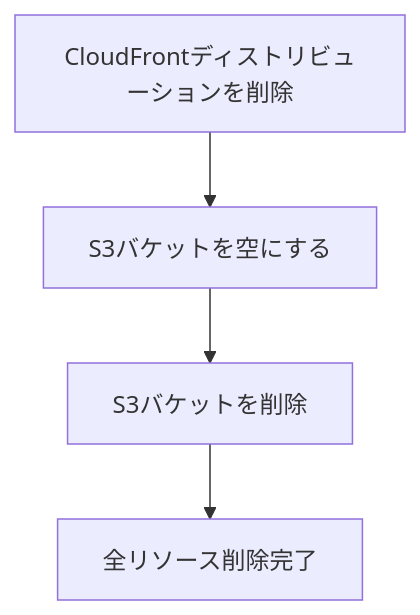
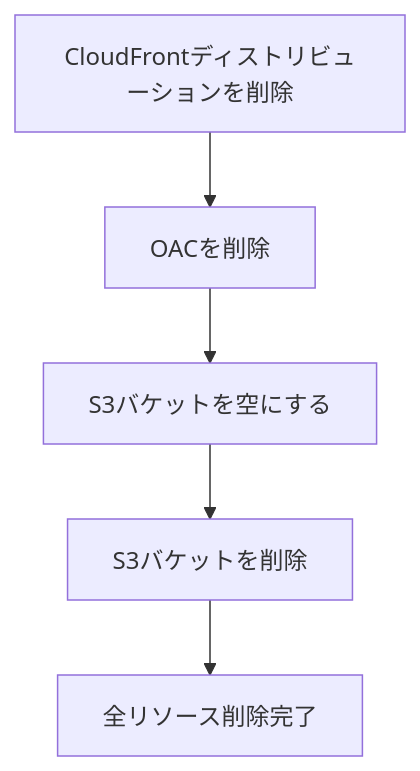
Before and after one commit to nohara-kengo/frontend-preview-env: the second of 2 diagrams in docs/how-to/python-script-guide.md, drawn with Mermaid. The commit also changed other lines of this file, not shown here.

````diff
--- a/docs/how-to/python-script-guide.md
+++ b/docs/how-to/python-script-guide.md
@@ -134,6 +134,7 @@
 ```mermaid
 flowchart TD
-    A[CloudFrontディストリビューションを削除] --> B[S3バケットを空にする]
-    B --> C[S3バケットを削除]
-    C --> D[全リソース削除完了]
+    A[CloudFrontディストリビューションを削除] --> B[OACを削除]
+    B --> C[S3バケットを空にする]
+    C --> D[S3バケットを削除]
+    D --> E[全リソース削除完了]
 ```
````
